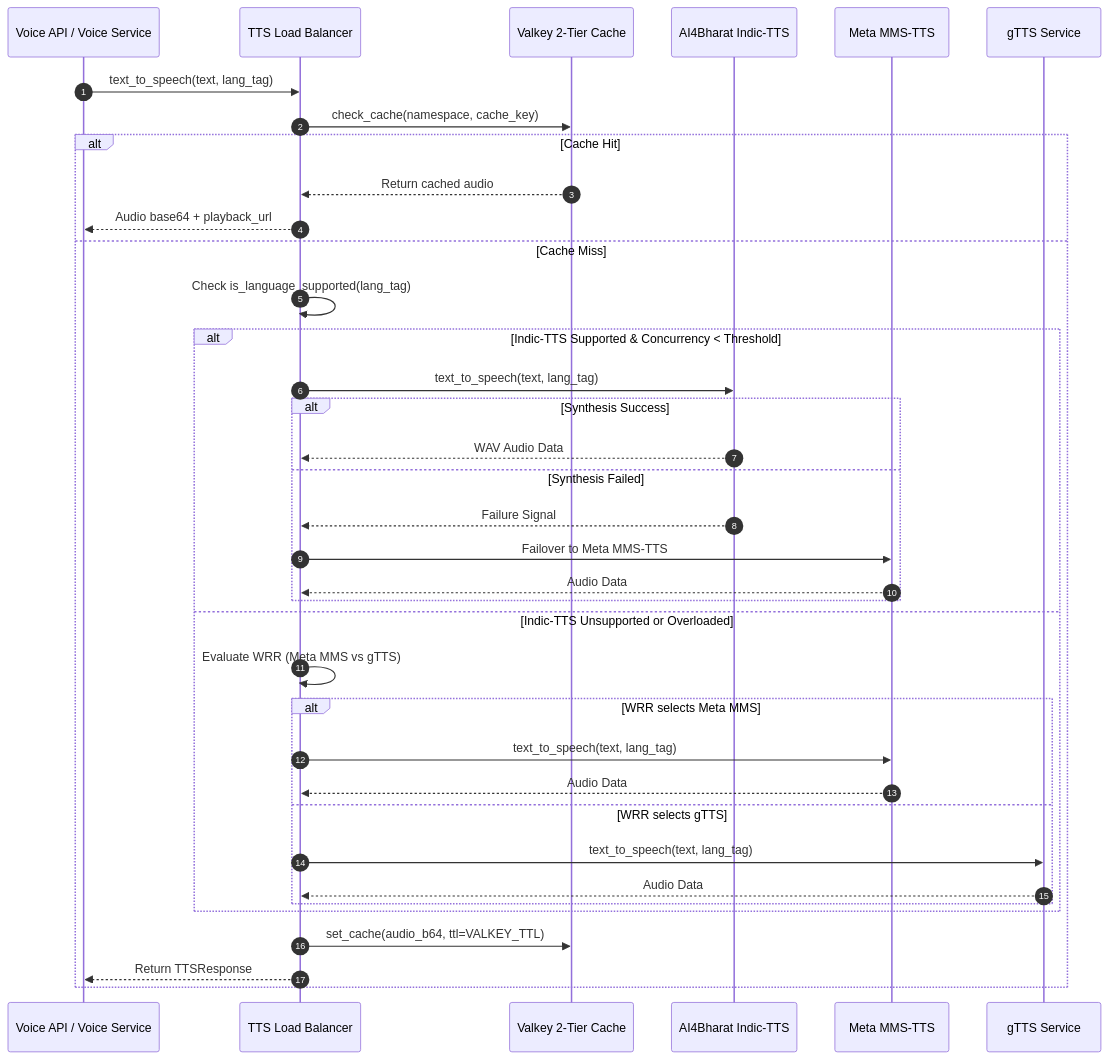
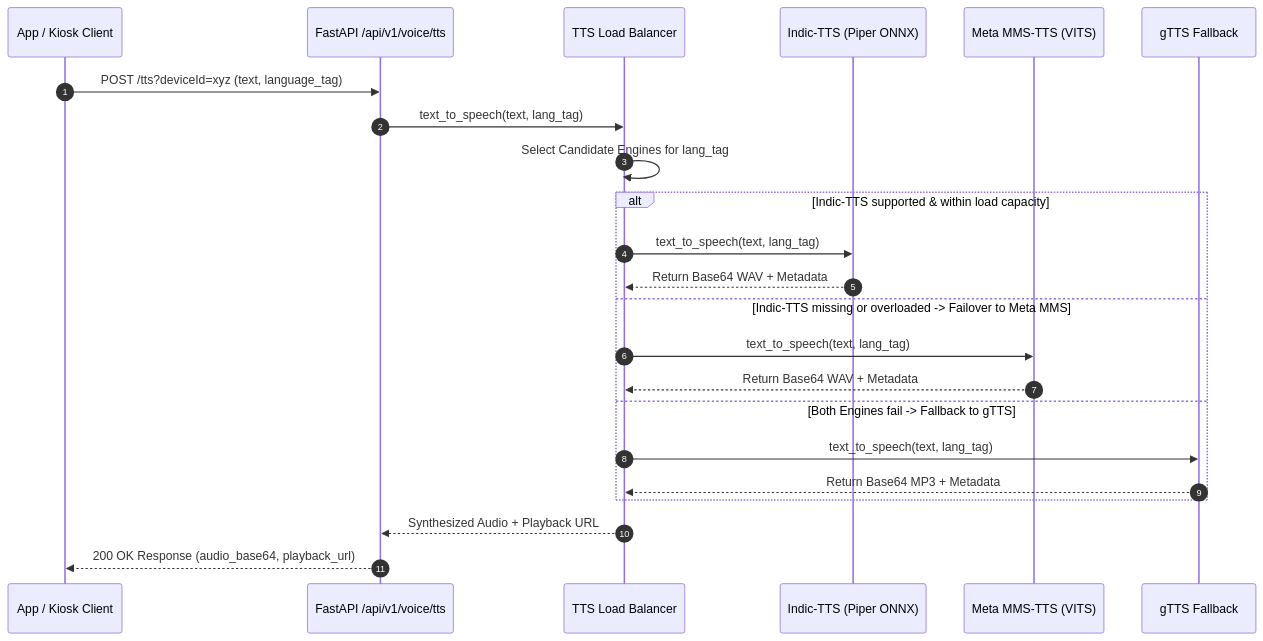
One commit to suyash-rgb/AarogyaMitra changed the second of 2 diagrams in indic_language_support.md. Above: the diagram before and after it, drawn with Mermaid. The commit also changed other lines of this file and 2 other files, not shown here.

First line of the commit message:
feat(tts): expand voice support to 22 languages

````diff
--- a/indic_language_support.md
+++ b/indic_language_support.md
@@ -300,40 +40,26 @@
 ```mermaid
 sequenceDiagram
     autonumber
-    participant App as Voice API / Voice Service
+    participant Client as App / Kiosk Client
+    participant API as FastAPI /api/v1/voice/tts
     participant LB as TTS Load Balancer
-    participant Cache as Valkey 2-Tier Cache
-    participant Indic as AI4Bharat Indic-TTS
-    participant MMS as Meta MMS-TTS
-    participant GTTS as gTTS Service
+    participant Indic as Indic-TTS (Piper ONNX)
+    participant Meta as Meta MMS-TTS (VITS)
+    participant GTTS as gTTS Fallback
 
-    App->>LB: text_to_speech(text, lang_tag)
-    LB->>Cache: check_cache(namespace, cache_key)
-    alt Cache Hit
-        Cache-->>LB: Return cached audio
-        LB-->>App: Audio base64 + playback_url
-    else Cache Miss
-        LB->>LB: Check is_language_supported(lang_tag)
-        alt Indic-TTS Supported & Concurrency < Threshold
-            LB->>Indic: text_to_speech(text, lang_tag)
-            alt Synthesis Success
-                Indic-->>LB: WAV Audio Data
-            else Synthesis Failed
-                Indic-->>LB: Failure Signal
-                LB->>MMS: Failover to Meta MMS-TTS
-                MMS-->>LB: Audio Data
-            end
-        else Indic-TTS Unsupported or Overloaded
-            LB->>LB: Evaluate WRR (Meta MMS vs gTTS)
-            alt WRR selects Meta MMS
-                LB->>MMS: text_to_speech(text, lang_tag)
-                MMS-->>LB: Audio Data
-            else WRR selects gTTS
-                LB->>GTTS: text_to_speech(text, lang_tag)
-                GTTS-->>LB: Audio Data
-            end
-        end
-        LB->>Cache: set_cache(audio_b64, ttl=VALKEY_TTL)
-        LB-->>App: Return TTSResponse
+    Client->>API: POST /tts?deviceId=xyz (text, language_tag)
+    API->>LB: text_to_speech(text, lang_tag)
+    LB->>LB: Select Candidate Engines for lang_tag
+    alt Indic-TTS supported & within load capacity
+        LB->>Indic: text_to_speech(text, lang_tag)
+        Indic-->>LB: Return Base64 WAV + Metadata
+    else Indic-TTS missing or overloaded -> Failover to Meta MMS
+        LB->>Meta: text_to_speech(text, lang_tag)
+        Meta-->>LB: Return Base64 WAV + Metadata
+    else Both Engines fail -> Fallback to gTTS
+        LB->>GTTS: text_to_speech(text, lang_tag)
+        GTTS-->>LB: Return Base64 MP3 + Metadata
     end
+    LB-->>API: Synthesized Audio + Playback URL
+    API-->>Client: 200 OK Response (audio_base64, playback_url)
 ```
````
